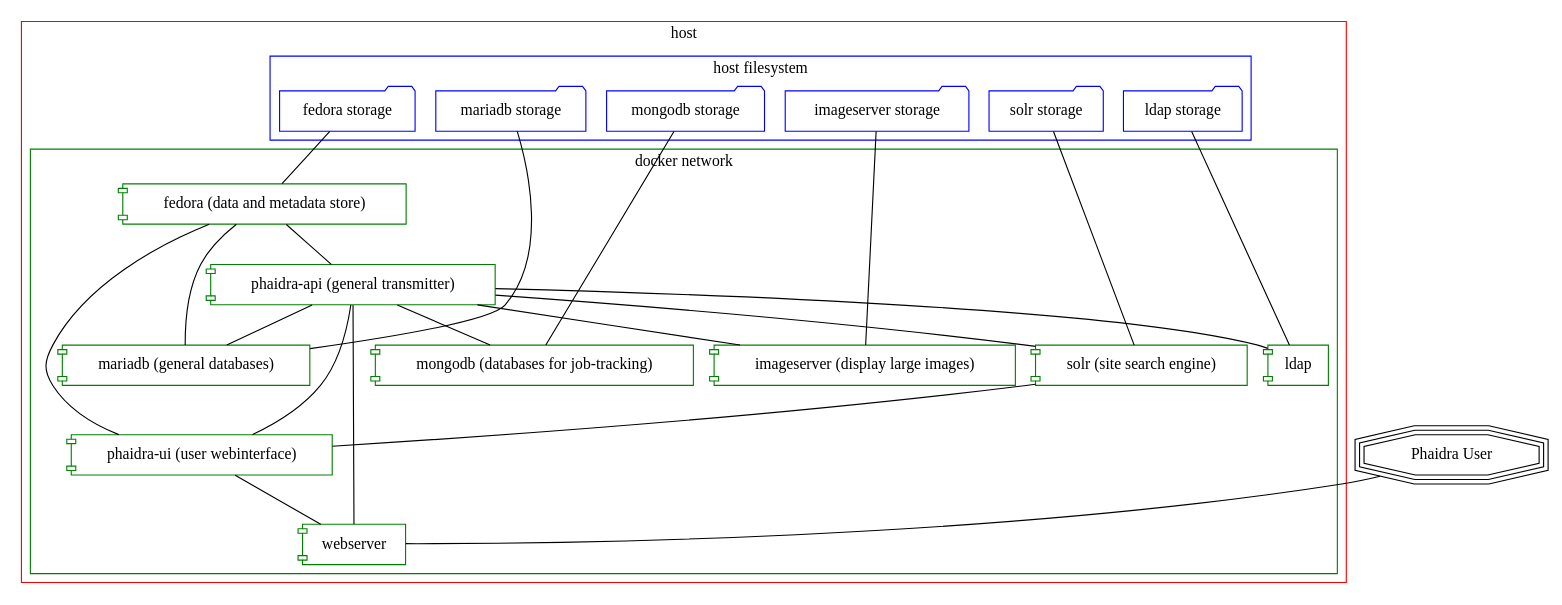
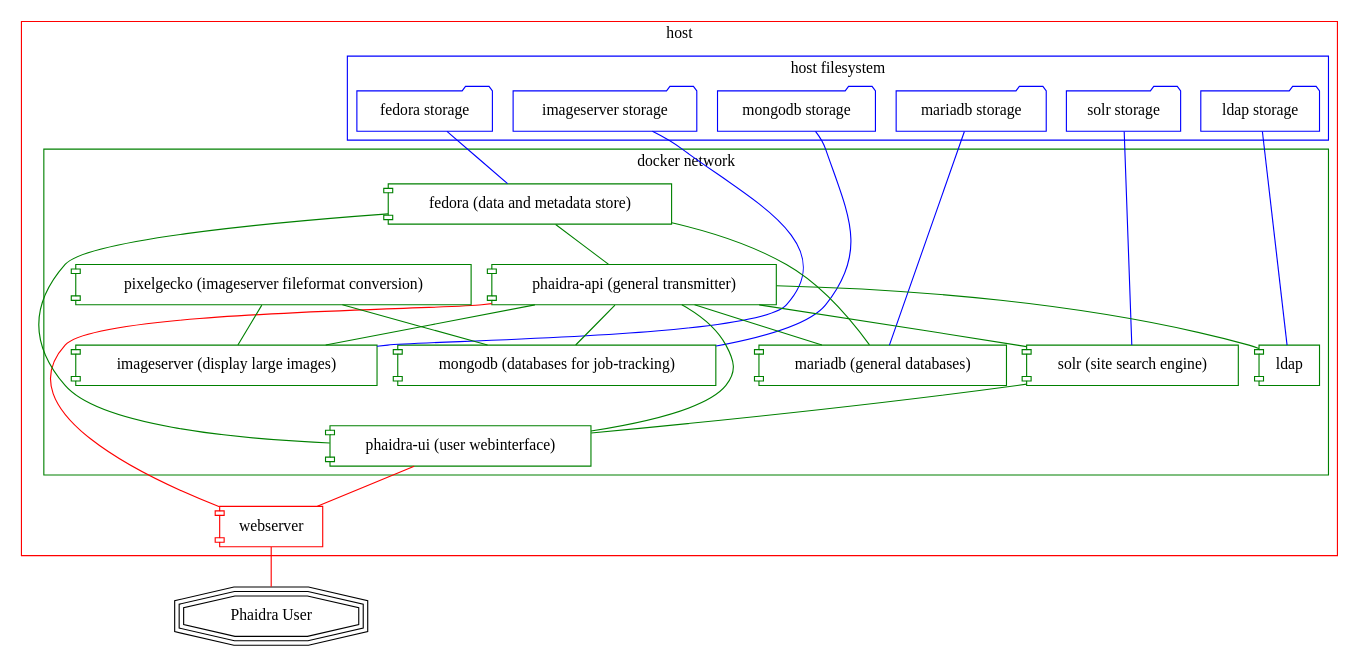
One commit to phaidra/phaidra changed the diagram in README.org. Above: the diagram before and after it, drawn with Graphviz. The commit also changed 1 other file, not shown here.

Commit message:
update directions.

```diff
--- a/README.org
+++ b/README.org
@@ -14,60 +14,62 @@
   #+begin_src dot :file "./images/construction.svg" :exports results
     graph G {
+        graph [rankdir="TB"]
         subgraph cluster_host {
             label = "host";
             color = red;
+            node [shape = component, style = solid, color = red]
+            a1 [label="webserver"];
             subgraph cluster_host_storage {
                 label = "host filesystem";
                 node [shape = folder, style = solid, color = blue]
                 color = blue;
-                a1 [label="fedora storage"];
-                a2 [label="mariadb storage"];
-                a3 [label="mongodb storage"];
-                a4 [label="imageserver storage"];
-                a5 [label="solr storage"];
-                a6 [label="ldap storage"];
+                b1 [label="fedora storage"];
+                b2 [label="mariadb storage"];
+                b3 [label="mongodb storage"];
+                b4 [label="imageserver storage"];
+                b5 [label="solr storage"];
+                b6 [label="ldap storage"];
             }
             subgraph cluster_docker_network_host {
                 label="docker network";
                 node [shape = component, style = solid, color = green]
                 color = green;
-                b1 [label="fedora (data and metadata store)"];
-                b2 [label="phaidra-api (general transmitter)"];
-                b3 [label="mariadb (general databases)"];
-                b4 [label="mongodb (databases for job-tracking)"];
-                b5 [label="phaidra-ui (user webinterface)"];
-                b6 [label="ldap"];
-                b7 [label="solr (site search engine)"];
-                b8 [label="imageserver (display large images)"];
-                b9 [label="webserver"];
+                c1 [label="fedora (data and metadata store)"];
+                c2 [label="phaidra-api (general transmitter)"];
+                c3 [label="mariadb (general databases)"];
+                c4 [label="mongodb (databases for job-tracking)"];
+                c5 [label="phaidra-ui (user webinterface)"];
+                c6 [label="ldap"];
+                c7 [label="solr (site search engine)"];
+                c8 [label="imageserver (display large images)"];
+                c9 [label="pixelgecko (imageserver fileformat conversion)"]
             }}
 
-        subgraph outside_world {
-            label="outside world";
-            node [shape = tripleoctagon, style = solid]
-            c1 [label="Phaidra User"]
-            }
+        d1 [label="Phaidra User", shape = tripleoctagon, style = solid]
 
-            b1 -- b2;
-            b2 -- b3;
-            b2 -- b4;
-            b2 -- b5;
-            b2 -- b6;
-            b7 -- b5;
-            b2 -- b9;
-            b5 -- b9;
-            b5 -- b1;
-            b1 -- b3;
-            b2 -- b8;
-            b2 -- b7;
+            c1 -- c2 [color="green"];
+            c2 -- c3 [color="green"];
+            c2 -- c4 [color="green"];
+            c2 -- c5 [color="green"];
+            c2 -- c6 [color="green"];
+            c7 -- c5 [color="green"];
+            c5 -- c1 [color="green"];
+            c1 -- c3 [color="green"];
+            c2 -- c8 [color="green"];
+            c2 -- c7 [color="green"];
+            c9 -- c8 [color="green"];
+            c9 -- c4 [color="green"];
 
-            a1 -- b1;
-            a2 -- b3;
-            a3 -- b4;
-            a4 -- b8;
-            a5 -- b7;
-            a6 -- b6;
+            b1 -- c1 [color="blue"];
+            b2 -- c3 [color="blue"];
+            b3 -- c4 [color="blue"];
+            b4 -- c8 [color="blue"];
+            b5 -- c7 [color="blue"];
+            b6 -- c6 [color="blue"];
 
-            c1 -- b9;
+            a1 -- d1 [color="red"];
+            c2 -- a1 [color="red"];
+            c5 -- a1 [color="red"];
+
     }
   #+end_src
```
